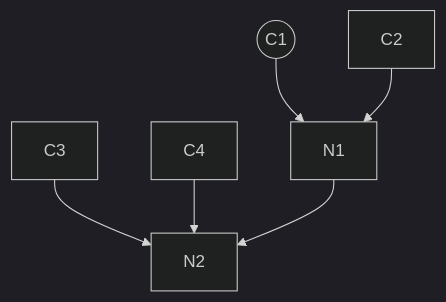
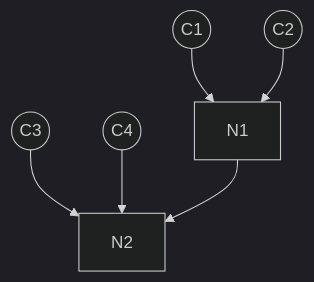
Before and after one commit to niklas-enns/message-broker: the diagram in README.md, drawn with Mermaid (dark theme).

````diff
--- a/README.md
+++ b/README.md
@@ -11,8 +11,8 @@
 ```mermaid
 graph TD;
     C1((C1))-->N1;
-    C2-->N1;
-    C3-->N2;
-    C4-->N2;
+    C2((C2))-->N1;
+    C3((C3))-->N2;
+    C4((C4))-->N2;
     N1-->N2
 ```
````
